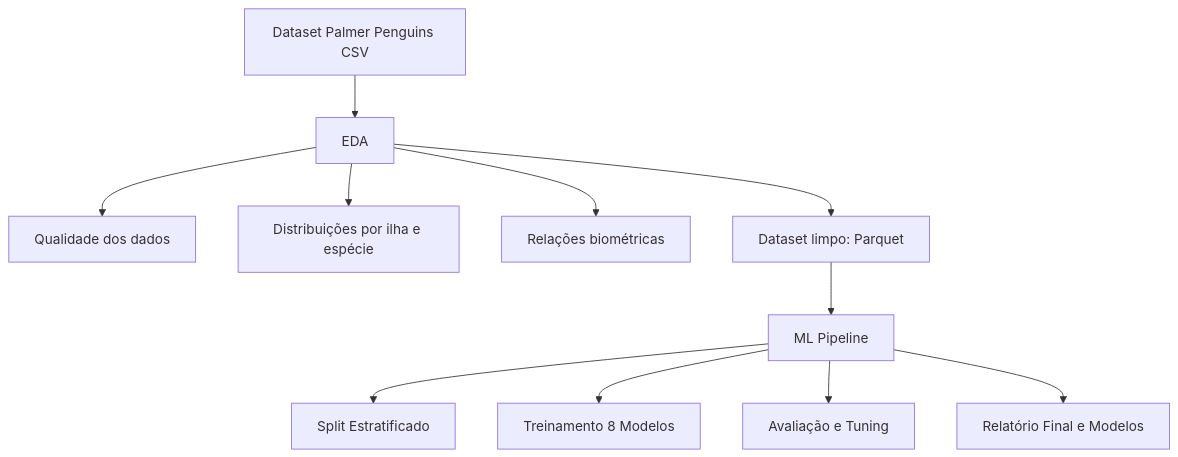
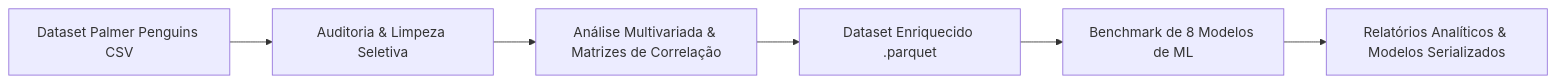
Before and after one commit to lucenfort/eda-penguins-case: the diagram in README.md, drawn with Mermaid. The commit also changed other lines of this file and 1 other file, not shown here.

````diff
--- a/README.md
+++ b/README.md
@@ -64,13 +18,8 @@
 ```mermaid
-flowchart TD
-    A[Dataset Palmer Penguins CSV] --> B[EDA]
-    B --> B1[Qualidade dos dados]
-    B --> B2[Distribuições por ilha e espécie]
-    B --> B3[Relações biométricas]
-    B --> C[Dataset limpo: Parquet]
-    C --> D[ML Pipeline]
-    D --> D1[Split Estratificado]
-    D --> D2[Treinamento 8 Modelos]
-    D --> D3[Avaliação e Tuning]
-    D --> E[Relatório Final e Modelos]
+flowchart LR
+    A[Dataset Palmer Penguins CSV] --> B[Auditoria & Limpeza Seletiva]
+    B --> C[Análise Multivariada & Matrizes de Correlação]
+    C --> D[Dataset Enriquecido .parquet]
+    D --> E[Benchmark de 8 Modelos de ML]
+    E --> F[Relatórios Analíticos & Modelos Serializados]
 ```
````
